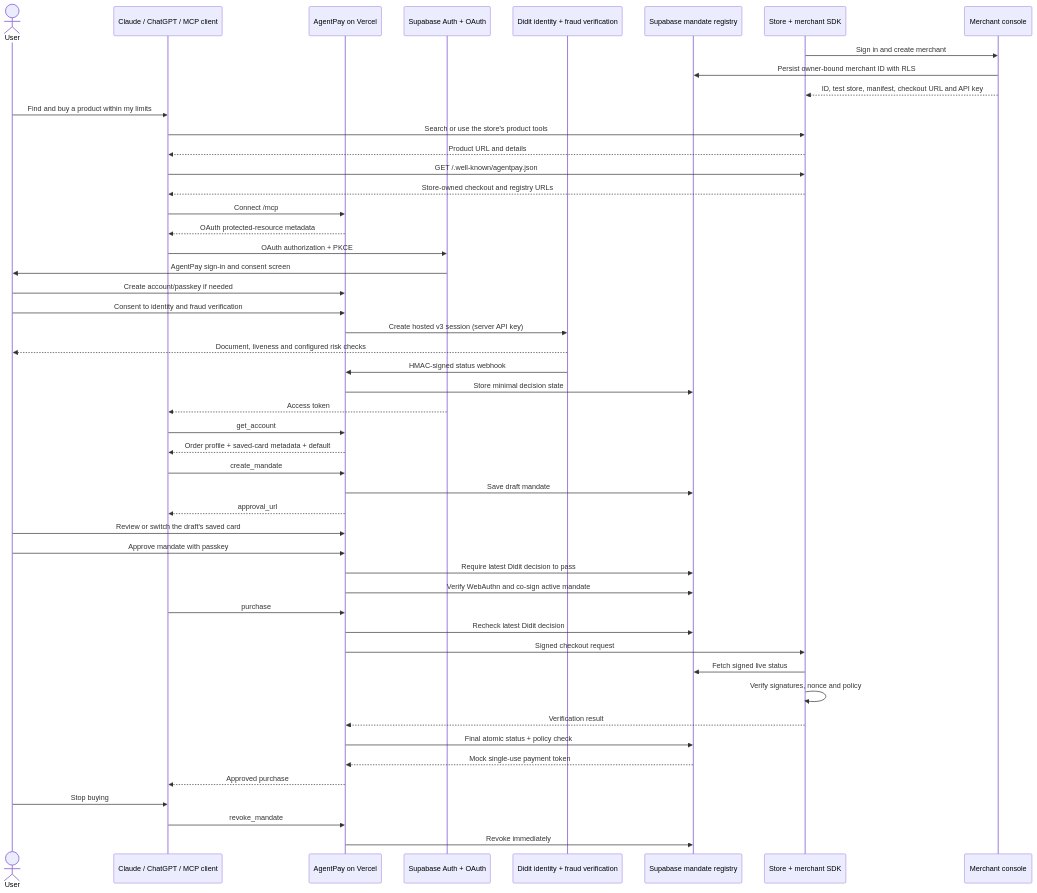
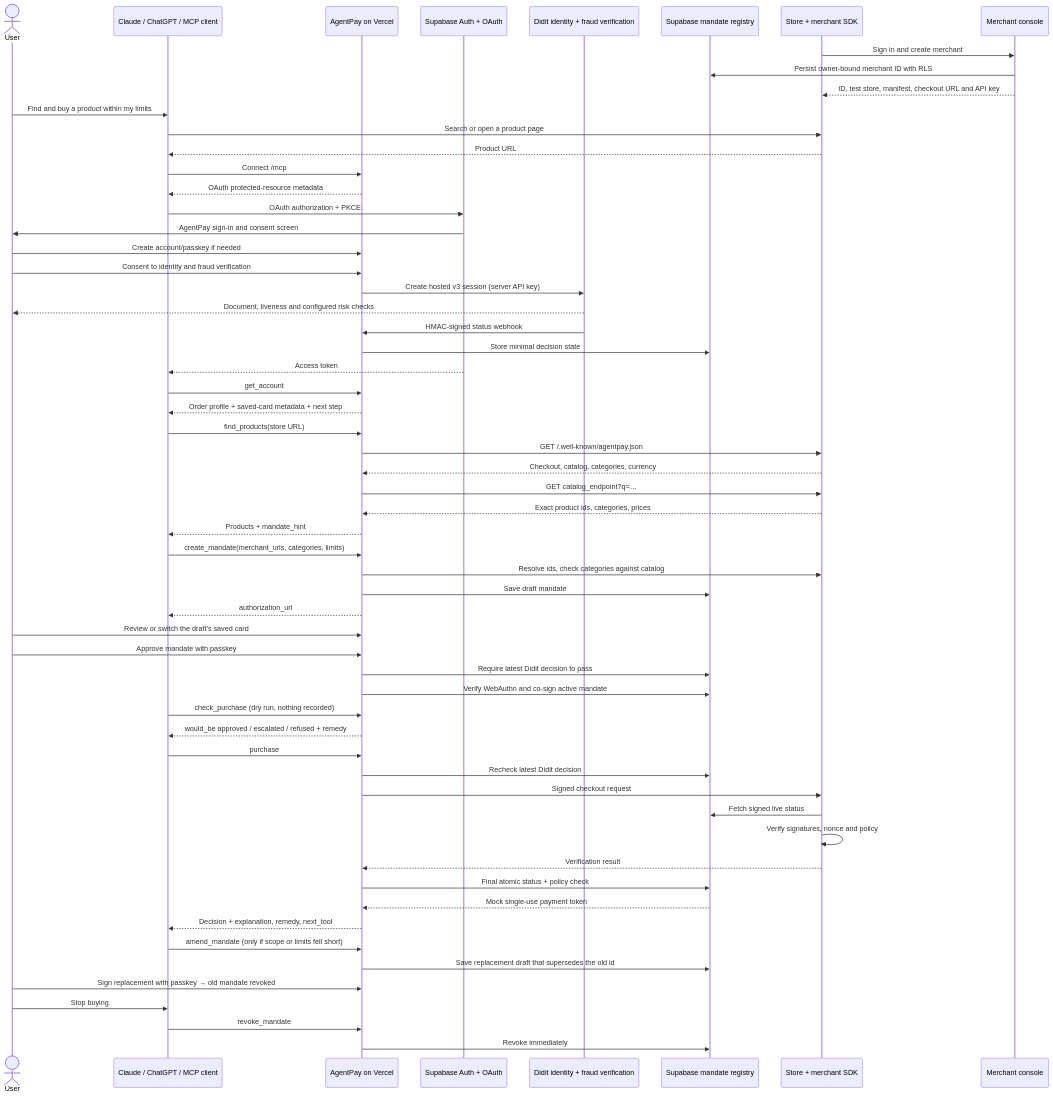
The diagram in docs/architecture.md (pedroschott/hackatonyuno), drawn with Mermaid before and after one commit. The commit also changed other lines of this file and 30 other files, not shown here.

````diff
--- a/docs/architecture.md
+++ b/docs/architecture.md
@@ -3,53 +3,63 @@
 ```mermaid
 sequenceDiagram
     actor User
     participant Agent as Claude / ChatGPT / MCP client
     participant AgentPay as AgentPay on Vercel
     participant Auth as Supabase Auth + OAuth
     participant Didit as Didit identity + fraud verification
     participant Registry as Supabase mandate registry
     participant Store as Store + merchant SDK
     participant Console as Merchant console
 
     Store->>Console: Sign in and create merchant
     Console->>Registry: Persist owner-bound merchant ID with RLS
     Console-->>Store: ID, test store, manifest, checkout URL and API key
 
     User->>Agent: Find and buy a product within my limits
-    Agent->>Store: Search or use the store's product tools
-    Store-->>Agent: Product URL and details
-    Agent->>Store: GET /.well-known/agentpay.json
-    Store-->>Agent: Store-owned checkout and registry URLs
+    Agent->>Store: Search or open a product page
+    Store-->>Agent: Product URL
     Agent->>AgentPay: Connect /mcp
     AgentPay-->>Agent: OAuth protected-resource metadata
     Agent->>Auth: OAuth authorization + PKCE
     Auth->>User: AgentPay sign-in and consent screen
     User->>AgentPay: Create account/passkey if needed
     User->>AgentPay: Consent to identity and fraud verification
     AgentPay->>Didit: Create hosted v3 session (server API key)
     Didit-->>User: Document, liveness and configured risk checks
     Didit->>AgentPay: HMAC-signed status webhook
     AgentPay->>Registry: Store minimal decision state
     Auth-->>Agent: Access token
     Agent->>AgentPay: get_account
-    AgentPay-->>Agent: Order profile + saved-card metadata + default
-    Agent->>AgentPay: create_mandate
+    AgentPay-->>Agent: Order profile + saved-card metadata + next step
+    Agent->>AgentPay: find_products(store URL)
+    AgentPay->>Store: GET /.well-known/agentpay.json
+    Store-->>AgentPay: Checkout, catalog, categories, currency
+    AgentPay->>Store: GET catalog_endpoint?q=…
+    Store-->>AgentPay: Exact product ids, categories, prices
+    AgentPay-->>Agent: Products + mandate_hint
+    Agent->>AgentPay: create_mandate(merchant_urls, categories, limits)
+    AgentPay->>Store: Resolve ids, check categories against catalog
     AgentPay->>Registry: Save draft mandate
-    AgentPay-->>Agent: approval_url
+    AgentPay-->>Agent: authorization_url
     User->>AgentPay: Review or switch the draft's saved card
     User->>AgentPay: Approve mandate with passkey
     AgentPay->>Registry: Require latest Didit decision to pass
     AgentPay->>Registry: Verify WebAuthn and co-sign active mandate
+    Agent->>AgentPay: check_purchase (dry run, nothing recorded)
+    AgentPay-->>Agent: would_be approved / escalated / refused + remedy
     Agent->>AgentPay: purchase
     AgentPay->>Registry: Recheck latest Didit decision
     AgentPay->>Store: Signed checkout request
     Store->>Registry: Fetch signed live status
     Store->>Store: Verify signatures, nonce and policy
     Store-->>AgentPay: Verification result
     AgentPay->>Registry: Final atomic status + policy check
     Registry-->>AgentPay: Mock single-use payment token
-    AgentPay-->>Agent: Approved purchase
+    AgentPay-->>Agent: Decision + explanation, remedy, next_tool
+    Agent->>AgentPay: amend_mandate (only if scope or limits fell short)
+    AgentPay->>Registry: Save replacement draft that supersedes the old id
+    User->>AgentPay: Sign replacement with passkey → old mandate revoked
     User->>Agent: Stop buying
     Agent->>AgentPay: revoke_mandate
     AgentPay->>Registry: Revoke immediately
 ```
````
